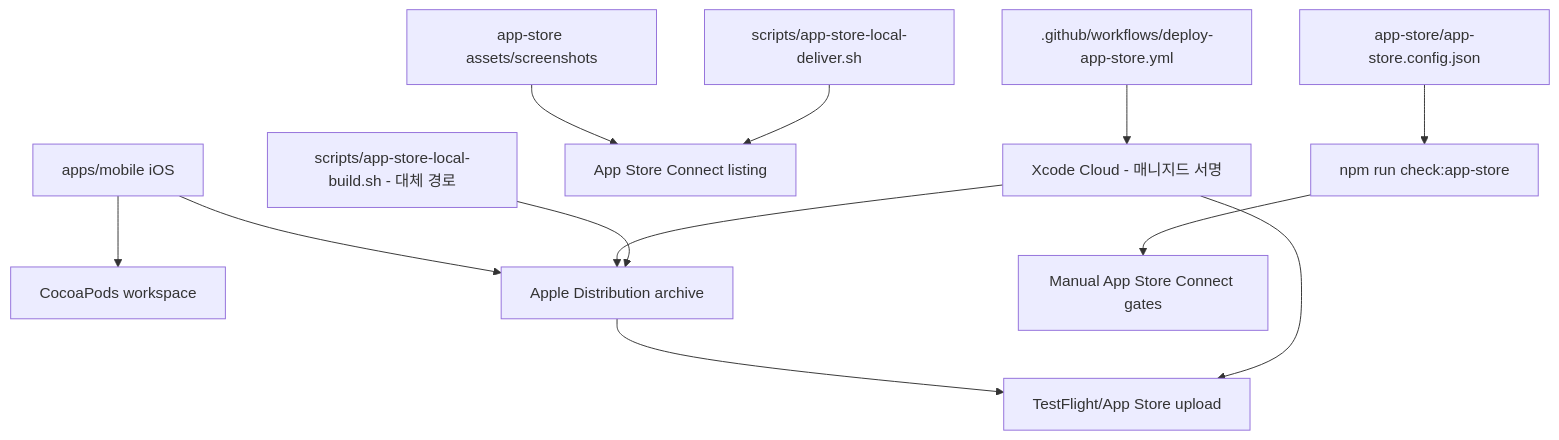
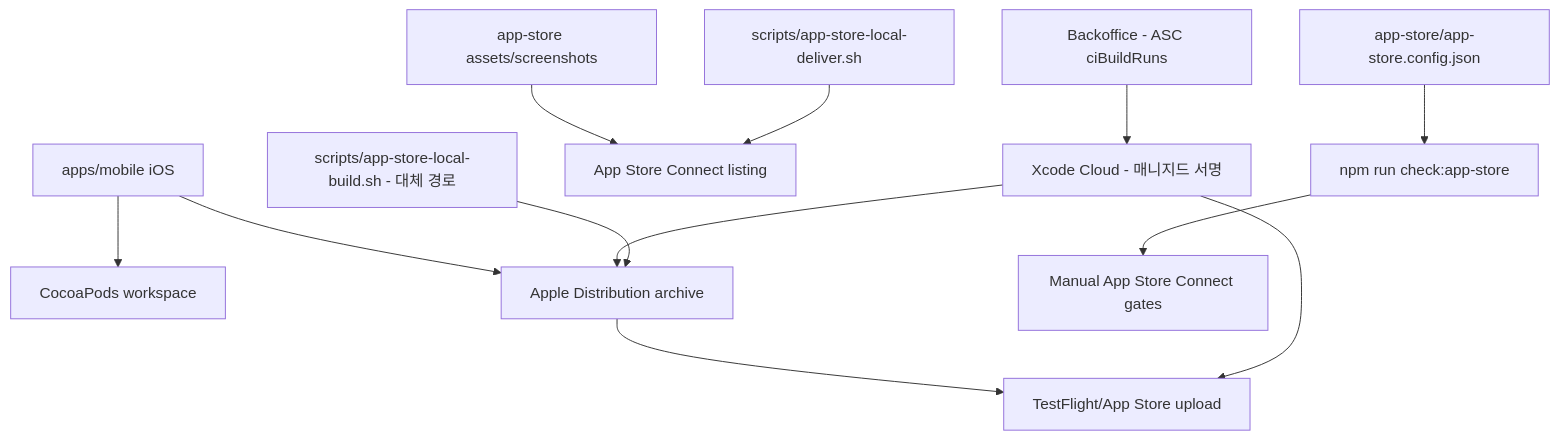
One commit to seorilabs/crossword-puzzle changed the diagram in docs/app-store-registration.md. Above: the diagram before and after it, drawn with Mermaid. The commit also changed other lines of this file and 4 other files, not shown here.

First line of the commit message:
App Store 계약 검사와 문서를 Backoffice 트리거 기준으로 고친다

````diff
--- a/docs/app-store-registration.md
+++ b/docs/app-store-registration.md
@@ -17,14 +17,14 @@
 ```mermaid
 flowchart TD
   Config["app-store/app-store.config.json"] --> Checker["npm run check:app-store"]
   Mobile["apps/mobile iOS"] --> Pods["CocoaPods workspace"]
   Mobile --> Archive["Apple Distribution archive"]
   Assets["app-store assets/screenshots"] --> Listing["App Store Connect listing"]
   Checker --> Console["Manual App Store Connect gates"]
   Archive --> Upload["TestFlight/App Store upload"]
-  Workflow[".github/workflows/deploy-app-store.yml"] --> XcodeCloud["Xcode Cloud - 매니지드 서명"]
+  Workflow["Backoffice - ASC ciBuildRuns"] --> XcodeCloud["Xcode Cloud - 매니지드 서명"]
   XcodeCloud --> Archive
   XcodeCloud --> Upload
   LocalBuild["scripts/app-store-local-build.sh - 대체 경로"] --> Archive
   LocalDeliver["scripts/app-store-local-deliver.sh"] --> Listing
 ```
````
